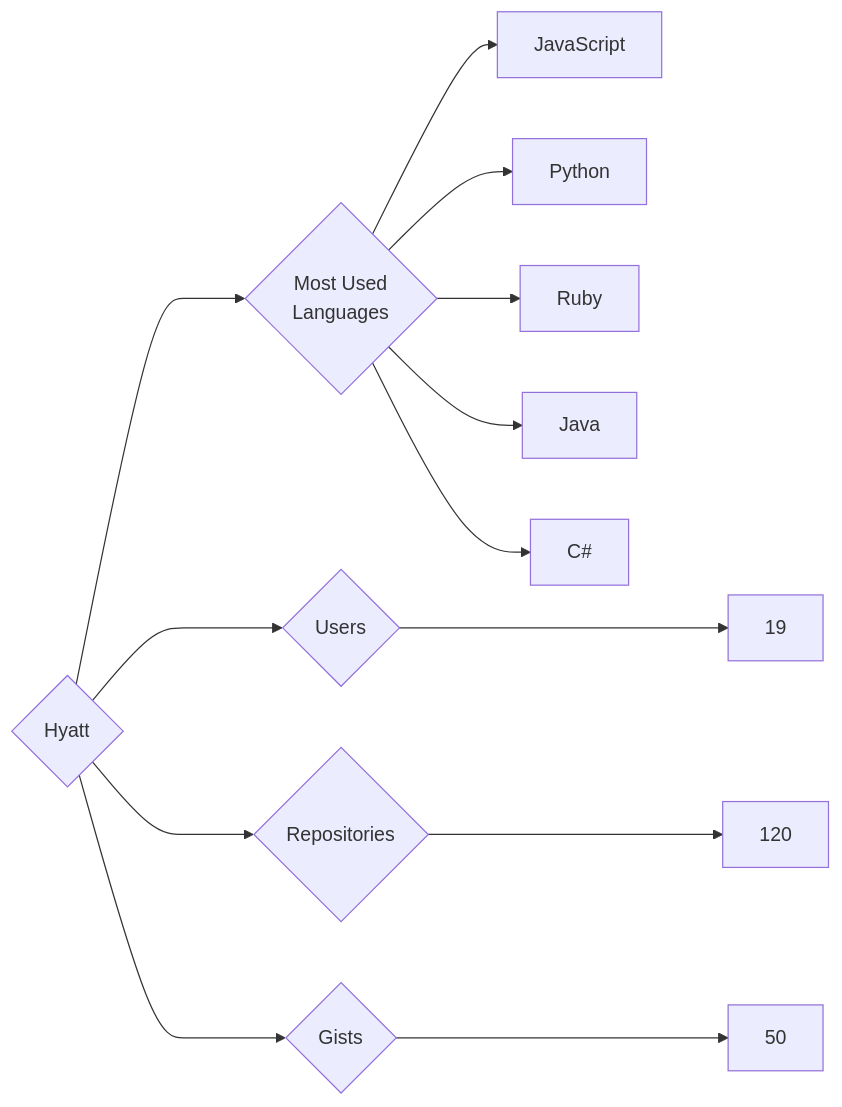
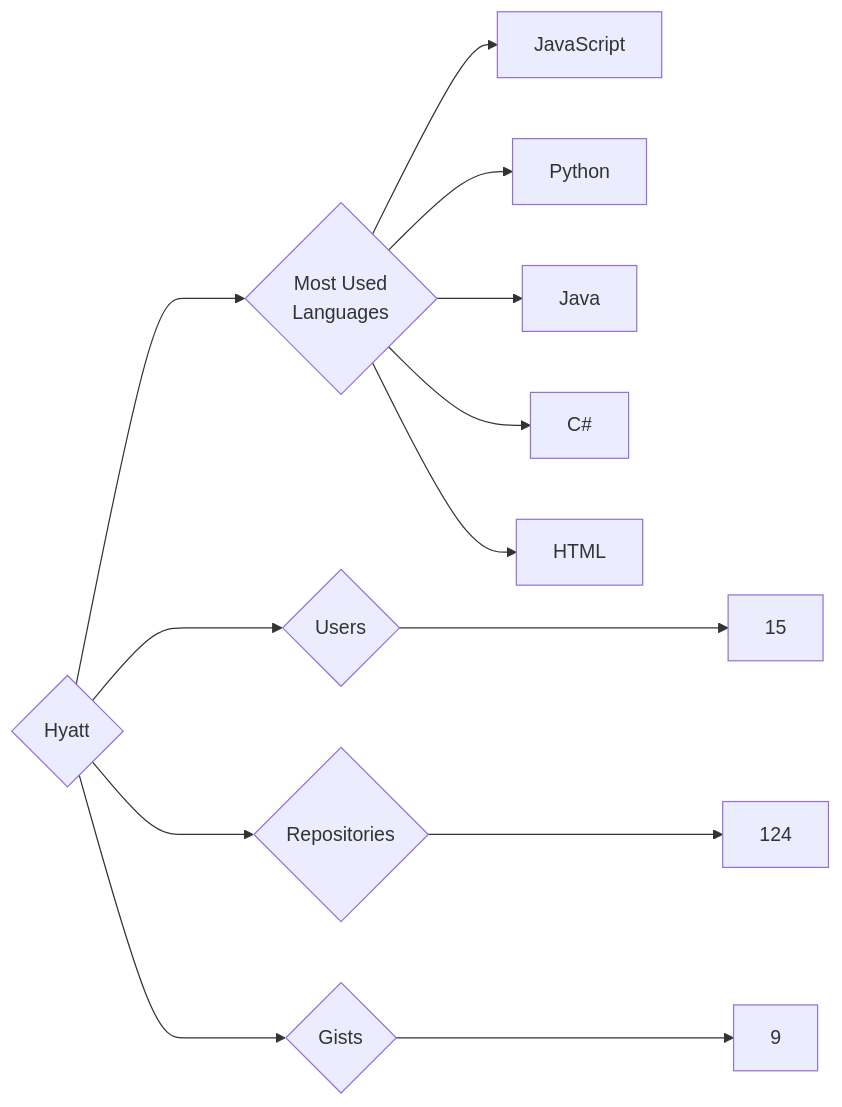
The diagram in targets/Hyatt/README.md (trickest/insiders), drawn with Mermaid before and after one commit. The commit also changed 914 other files, not shown here.

````diff
--- a/targets/Hyatt/README.md
+++ b/targets/Hyatt/README.md
@@ -3,13 +3,13 @@
 ```mermaid
 graph LR
 COMPANY_NAME{Hyatt}
-COMPANY_NAME ---> U{Users} ---> UN[19]
-COMPANY_NAME ---> R{Repositories} ---> RN[120]
-COMPANY_NAME ---> G{Gists} ---> GN[50]
+COMPANY_NAME ---> U{Users} ---> UN[15]
+COMPANY_NAME ---> R{Repositories} ---> RN[124]
+COMPANY_NAME ---> G{Gists} ---> GN[9]
 COMPANY_NAME ---> ML{Most Used<br>Languages}
 ML --> JavaScript[JavaScript]
 ML --> Python[Python]
-ML --> Ruby[Ruby]
 ML --> Java[Java]
 ML --> C#[C#]
+ML --> HTML[HTML]
 ```
````
